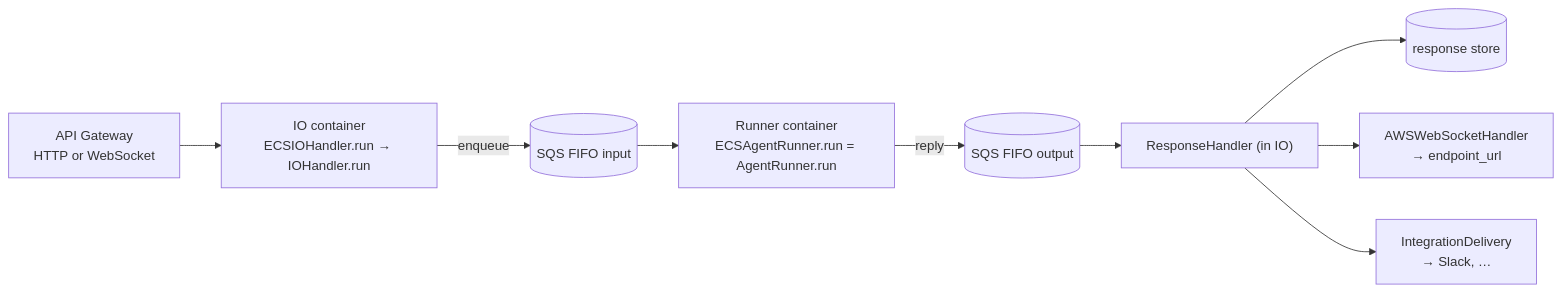
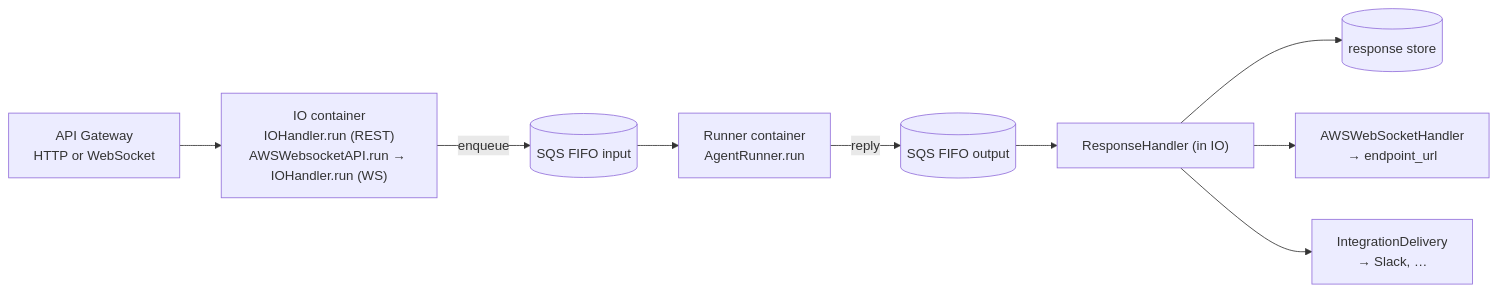
The diagram in docs/specs/870-ecs-shared-queue-pipeline/design.md (yaalalabs/agent-kernel), drawn with Mermaid before and after one commit. The commit also changed other lines of this file, not shown here.

Commit message:
feat!: refactor ECS integration to utilize shared queue pipeline, removing ECS-specific classes and simplifying architecture

````diff
--- a/docs/specs/870-ecs-shared-queue-pipeline/design.md
+++ b/docs/specs/870-ecs-shared-queue-pipeline/design.md
@@ -59,11 +67,11 @@
 ```mermaid
 flowchart LR
-  APIGW["API Gateway<br/>HTTP or WebSocket"] --> IO["IO container<br/>ECSIOHandler.run → IOHandler.run"]
+  APIGW["API Gateway<br/>HTTP or WebSocket"] --> IO["IO container<br/>IOHandler.run (REST)<br/>AWSWebsocketAPI.run → IOHandler.run (WS)"]
   IO -- enqueue --> IQ[(SQS FIFO input)]
-  IQ --> R["Runner container<br/>ECSAgentRunner.run = AgentRunner.run"]
+  IQ --> R["Runner container<br/>AgentRunner.run"]
   R -- reply --> OQ[(SQS FIFO output)]
   OQ --> RH["ResponseHandler (in IO)"]
   RH --> RS[(response store)]
   RH --> WS["AWSWebSocketHandler<br/>→ endpoint_url"]
   RH --> INT["IntegrationDelivery<br/>→ Slack, …"]
 ```
````
